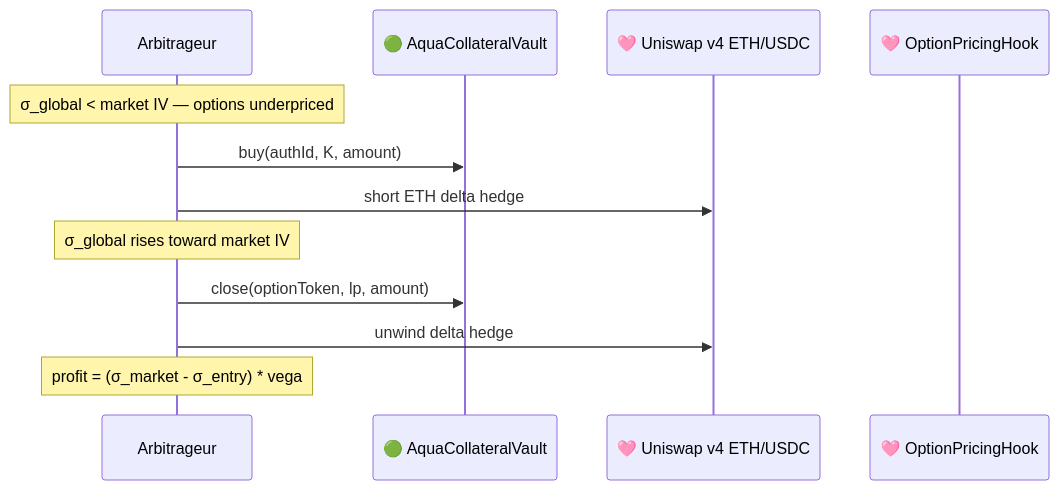
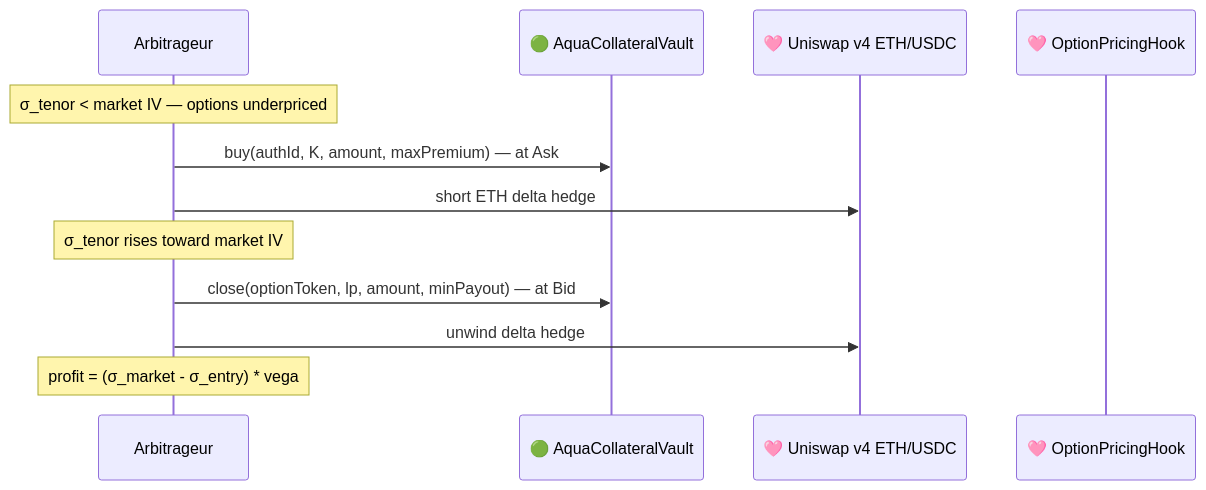
Before and after one commit to oslinin/Smile: the fifth of 7 diagrams in README.md, drawn with Mermaid. The commit also changed other lines of this file and 3 other files, not shown here.

````diff
--- a/README.md
+++ b/README.md
@@ -247,15 +261,15 @@
 ```mermaid
 sequenceDiagram
     participant Arb as Arbitrageur
     participant Vault as 🟢 AquaCollateralVault
     participant UniPool as 🩷 Uniswap v4 ETH/USDC
     participant Hook as 🩷 OptionPricingHook
 
-    Note over Arb: σ_global < market IV — options underpriced
-    Arb->>Vault: buy(authId, K, amount)
+    Note over Arb: σ_tenor < market IV — options underpriced
+    Arb->>Vault: buy(authId, K, amount, maxPremium) — at Ask
     Arb->>UniPool: short ETH delta hedge
-    Note over Arb: σ_global rises toward market IV
-    Arb->>Vault: close(optionToken, lp, amount)
+    Note over Arb: σ_tenor rises toward market IV
+    Arb->>Vault: close(optionToken, lp, amount, minPayout) — at Bid
     Arb->>UniPool: unwind delta hedge
     Note over Arb: profit = (σ_market - σ_entry) * vega
 ```
````
